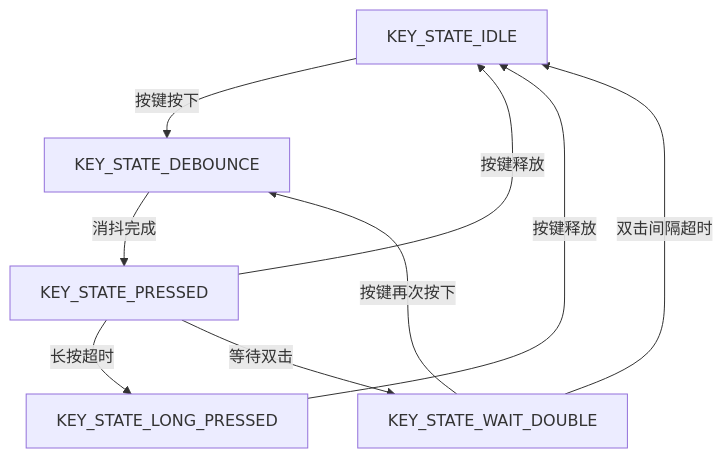
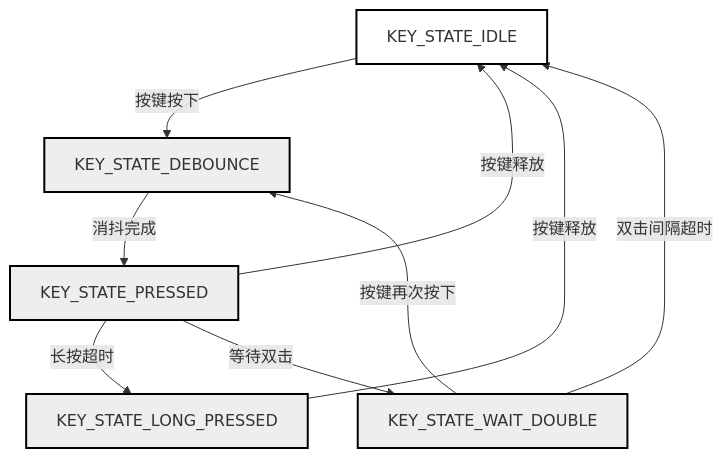
One commit to junwei-lin/iodraw-files changed the diagram in all/未命名.md. Above: the diagram before and after it, drawn with Mermaid.

Commit message:
2025-03-30 13:18:31 update

````diff
--- a/all/未命名.md
+++ b/all/未命名.md
@@ -1,11 +1,17 @@
 ```mermaid
 graph TD
     A[KEY_STATE_IDLE] -->|按键按下| B[KEY_STATE_DEBOUNCE]
     B -->|消抖完成| C[KEY_STATE_PRESSED]
     C -->|按键释放| A
     C -->|长按超时| D[KEY_STATE_LONG_PRESSED]
     D -->|按键释放| A
     C -->|等待双击| E[KEY_STATE_WAIT_DOUBLE]
     E -->|双击间隔超时| A
     E -->|按键再次按下| B
+
+    style A fill:#fff,stroke:#000,stroke-width:2px
+    style B fill:#eee,stroke:#000,stroke-width:2px
+    style C fill:#eee,stroke:#000,stroke-width:2px
+    style D fill:#eee,stroke:#000,stroke-width:2px
+    style E fill:#eee,stroke:#000,stroke-width:2px
 ```
````
